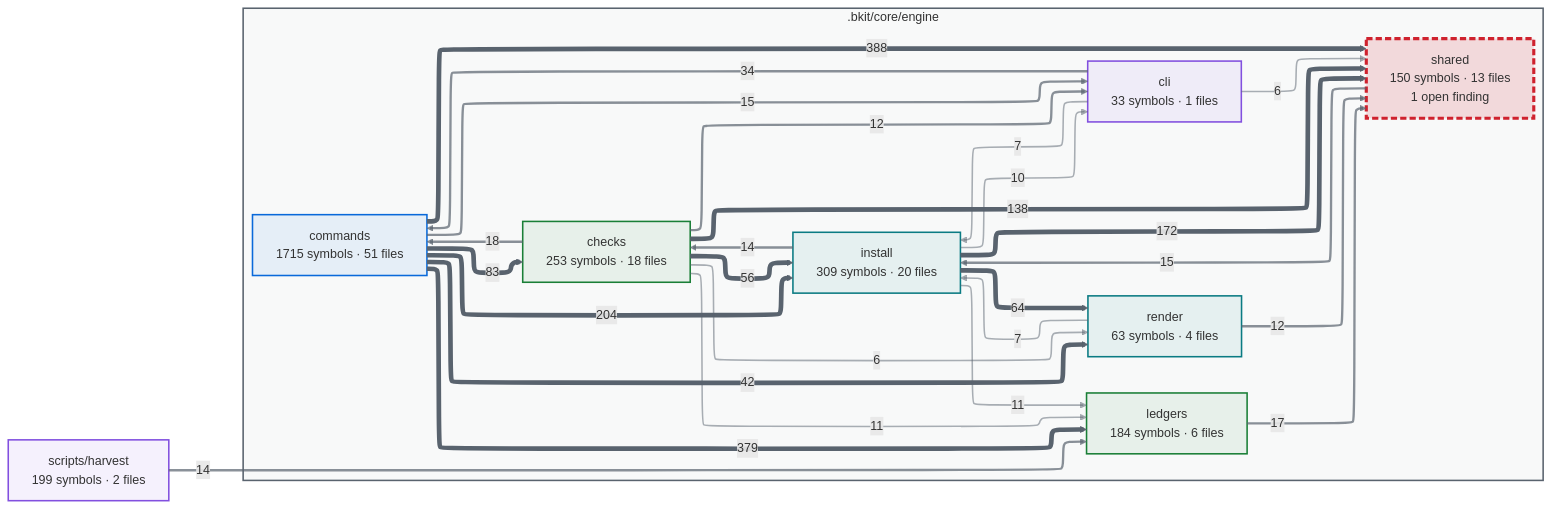
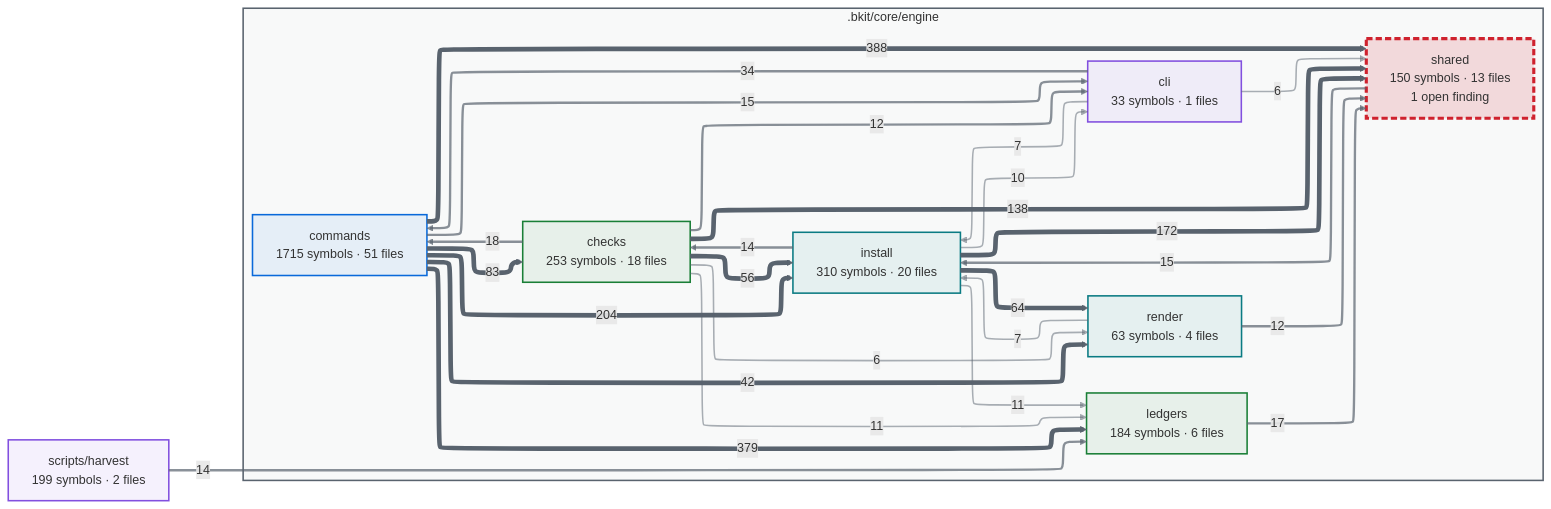
Before and after one commit to cbartens/bkit: the first of 2 diagrams in docs/capabilities.md, drawn with Mermaid. The commit also changed other lines of this file and 10 other files, not shown here.

````diff
--- a/docs/capabilities.md
+++ b/docs/capabilities.md
@@ -154,80 +154,80 @@
 ```mermaid
 ---
 config:
   layout: elk
   themeCSS: "marker { overflow: visible; } marker path { transform: scale(1.8); transform-origin: 5px 5px; }"
   flowchart:
     useMaxWidth: false
 ---
 flowchart LR
   %% Generated by bkit-graphify-rollup.py — do not edit
   subgraph gn_bkit_core_engine[".bkit/core/engine"]
     n_bkit_core_engine_checks["checks<br/>253 symbols · 18 files"]
     n_bkit_core_engine_cli["cli<br/>33 symbols · 1 files"]
     n_bkit_core_engine_commands["commands<br/>1715 symbols · 51 files"]
-    n_bkit_core_engine_install["install<br/>309 symbols · 20 files"]
+    n_bkit_core_engine_install["install<br/>310 symbols · 20 files"]
     n_bkit_core_engine_ledgers["ledgers<br/>184 symbols · 6 files"]
     n_bkit_core_engine_render["render<br/>63 symbols · 4 files"]
     n_bkit_core_engine_shared["shared<br/>150 symbols · 13 files<br/>1 open finding"]
   end
   nscripts_harvest["scripts/harvest<br/>199 symbols · 2 files"]
   n_bkit_core_engine_commands -->|388| n_bkit_core_engine_shared
   n_bkit_core_engine_commands -->|379| n_bkit_core_engine_ledgers
   n_bkit_core_engine_commands -->|204| n_bkit_core_engine_install
   n_bkit_core_engine_install -->|172| n_bkit_core_engine_shared
   n_bkit_core_engine_checks -->|138| n_bkit_core_engine_shared
   n_bkit_core_engine_commands -->|83| n_bkit_core_engine_checks
   n_bkit_core_engine_install -->|64| n_bkit_core_engine_render
   n_bkit_core_engine_checks -->|56| n_bkit_core_engine_install
   n_bkit_core_engine_commands -->|42| n_bkit_core_engine_render
   n_bkit_core_engine_cli -->|34| n_bkit_core_engine_commands
   n_bkit_core_engine_checks -->|18| n_bkit_core_engine_commands
   n_bkit_core_engine_ledgers -->|17| n_bkit_core_engine_shared
   n_bkit_core_engine_shared -->|15| n_bkit_core_engine_install
   n_bkit_core_engine_commands -->|15| n_bkit_core_engine_cli
   n_bkit_core_engine_install -->|14| n_bkit_core_engine_checks
   nscripts_harvest -->|14| n_bkit_core_engine_ledgers
   n_bkit_core_engine_checks -->|12| n_bkit_core_engine_cli
   n_bkit_core_engine_render -->|12| n_bkit_core_engine_shared
   n_bkit_core_engine_checks -->|11| n_bkit_core_engine_ledgers
   n_bkit_core_engine_install -->|11| n_bkit_core_engine_ledgers
   n_bkit_core_engine_install -->|10| n_bkit_core_engine_cli
   n_bkit_core_engine_cli -->|7| n_bkit_core_engine_install
   n_bkit_core_engine_render -->|7| n_bkit_core_engine_install
   n_bkit_core_engine_checks -->|6| n_bkit_core_engine_render
   n_bkit_core_engine_cli -->|6| n_bkit_core_engine_shared
   style gn_bkit_core_engine fill:#59636e0a,stroke:#59636e,stroke-width:2px
   style n_bkit_core_engine_checks stroke:#1a7f37,stroke-width:2px,fill:#1a7f3714
   style n_bkit_core_engine_cli stroke:#8250df,stroke-width:2px,fill:#8250df14
   style n_bkit_core_engine_commands stroke:#0969da,stroke-width:2px,fill:#0969da14
   style n_bkit_core_engine_install stroke:#0a7b83,stroke-width:2px,fill:#0a7b8314
   style n_bkit_core_engine_ledgers stroke:#1a7f37,stroke-width:2px,fill:#1a7f3714
   style n_bkit_core_engine_render stroke:#0a7b83,stroke-width:2px,fill:#0a7b8314
   style n_bkit_core_engine_shared stroke:#cf222e,stroke-width:4px,stroke-dasharray:8 4,fill:#cf222e26
   style nscripts_harvest stroke:#8250df,stroke-width:2px,fill:#8250df14
   linkStyle 0 stroke:#59636e,stroke-width:6px
   linkStyle 1 stroke:#59636e,stroke-width:6px
   linkStyle 2 stroke:#59636e,stroke-width:6px
   linkStyle 3 stroke:#59636e,stroke-width:6px
   linkStyle 4 stroke:#59636e,stroke-width:6px
   linkStyle 5 stroke:#59636e,stroke-width:6px
   linkStyle 6 stroke:#59636e,stroke-width:6px
   linkStyle 7 stroke:#59636e,stroke-width:6px
   linkStyle 8 stroke:#59636e,stroke-width:6px
   linkStyle 9 stroke:#59636eb3,stroke-width:3px
   linkStyle 10 stroke:#59636eb3,stroke-width:3px
   linkStyle 11 stroke:#59636eb3,stroke-width:3px
   linkStyle 12 stroke:#59636eb3,stroke-width:3px
   linkStyle 13 stroke:#59636eb3,stroke-width:3px
   linkStyle 14 stroke:#59636eb3,stroke-width:3px
   linkStyle 15 stroke:#59636eb3,stroke-width:3px
   linkStyle 16 stroke:#59636eb3,stroke-width:3px
   linkStyle 17 stroke:#59636eb3,stroke-width:3px
   linkStyle 18 stroke:#59636e80,stroke-width:2px
   linkStyle 19 stroke:#59636e80,stroke-width:2px
   linkStyle 20 stroke:#59636e80,stroke-width:2px
   linkStyle 21 stroke:#59636e80,stroke-width:2px
   linkStyle 22 stroke:#59636e80,stroke-width:2px
   linkStyle 23 stroke:#59636e80,stroke-width:2px
   linkStyle 24 stroke:#59636e80,stroke-width:2px
 ```
````
